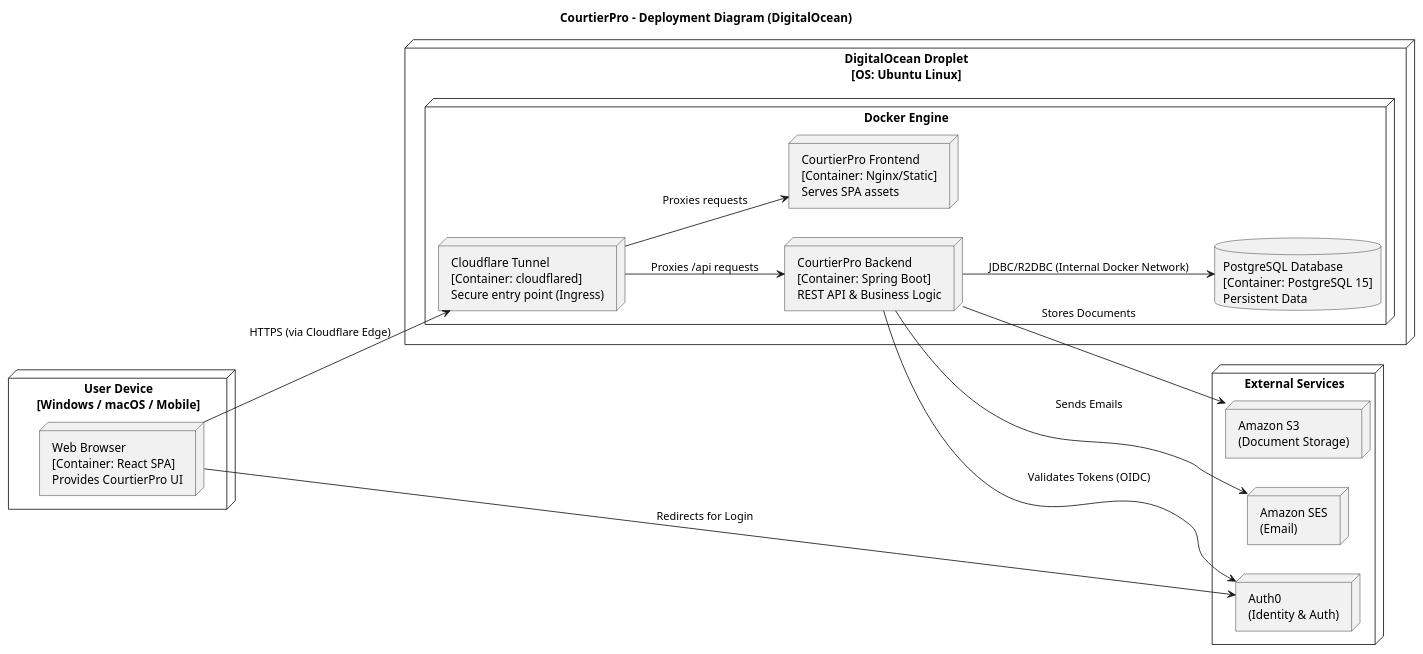
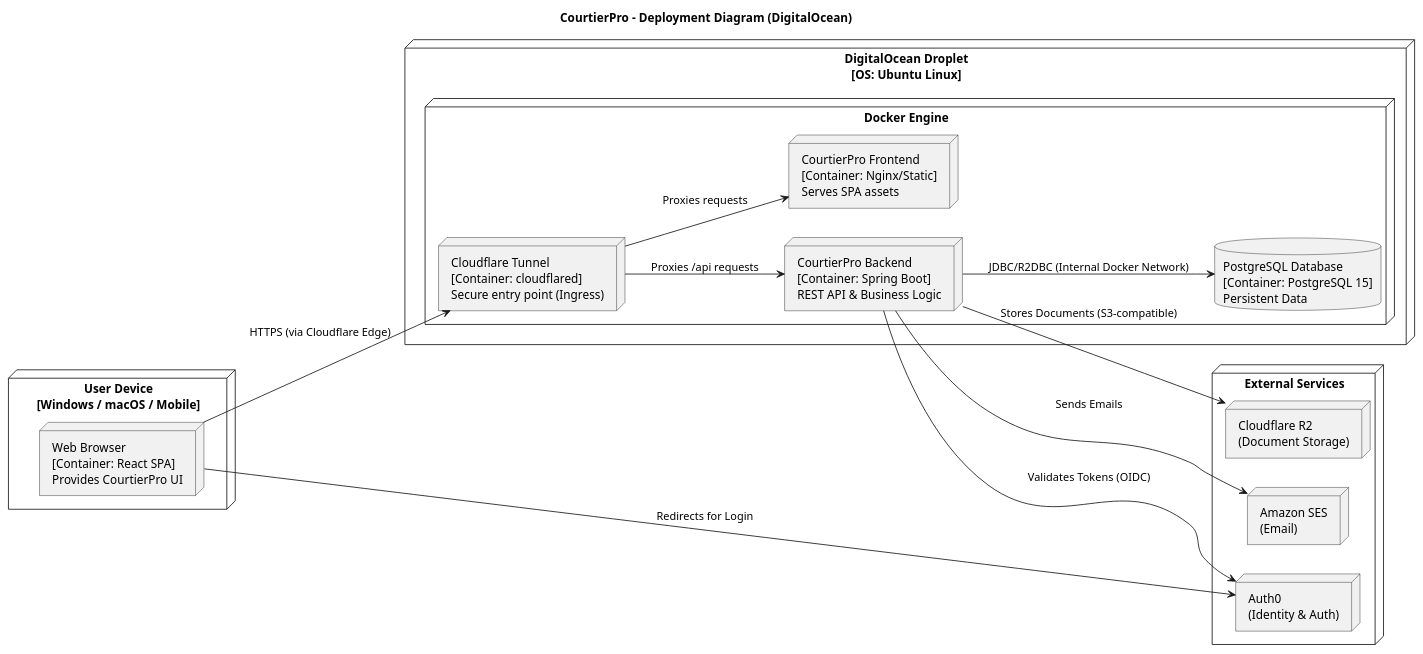
Before and after one commit to CourtierPro/CourtierPro: the diagram in docs/diagrams/CourtierProC4L3Deployment.puml, drawn with PlantUML. The commit also changed 21 other files, not shown here.

First line of the commit message:
Updated diagrams

```diff
--- a/docs/diagrams/CourtierProC4L3Deployment.puml
+++ b/docs/diagrams/CourtierProC4L3Deployment.puml
@@ -1,57 +1,57 @@
 @startuml
 title CourtierPro - Deployment Diagram (DigitalOcean)
 
 left to right direction
 skinparam nodeStyle rectangle
 
 ' ==========================
 ' User Side
 ' ==========================
 node "User Device\n[Windows / macOS / Mobile]" as Device {
   node "Web Browser\n[Container: React SPA]\nProvides CourtierPro UI" as Browser
 }
 
 ' ==========================
 ' Cloud / Production
 ' ==========================
 node "DigitalOcean Droplet\n[OS: Ubuntu Linux]" as DO_VM {
   
   node "Docker Engine" as Docker {
     
     node "Cloudflare Tunnel\n[Container: cloudflared]\nSecure entry point (Ingress)" as Tunnel
     
     node "CourtierPro Frontend\n[Container: Nginx/Static]\nServes SPA assets" as Frontend
     
     node "CourtierPro Backend\n[Container: Spring Boot]\nREST API & Business Logic" as Backend
     
     database "PostgreSQL Database\n[Container: PostgreSQL 15]\nPersistent Data" as DB
   }
 }
 
 ' ==========================
 ' External Services
 ' ==========================
 node "External Services" as Ext {
   node "Auth0\n(Identity & Auth)" as Auth0
-  node "Amazon S3\n(Document Storage)" as S3
+  node "Cloudflare R2\n(Document Storage)" as R2
   node "Amazon SES\n(Email)" as SES
 }
 
 ' ==========================
 ' Connections
 ' ==========================
 ' Ingress
 Browser --> Tunnel : HTTPS (via Cloudflare Edge)
 Tunnel --> Frontend : Proxies requests
 Tunnel --> Backend : Proxies /api requests
 
 ' Internal
 Backend --> DB : JDBC/R2DBC (Internal Docker Network)
 
 ' External
 Browser --> Auth0 : Redirects for Login
 Backend --> Auth0 : Validates Tokens (OIDC)
-Backend --> S3 : Stores Documents
+Backend --> R2 : Stores Documents (S3-compatible)
 Backend --> SES : Sends Emails
 
 @enduml
```
